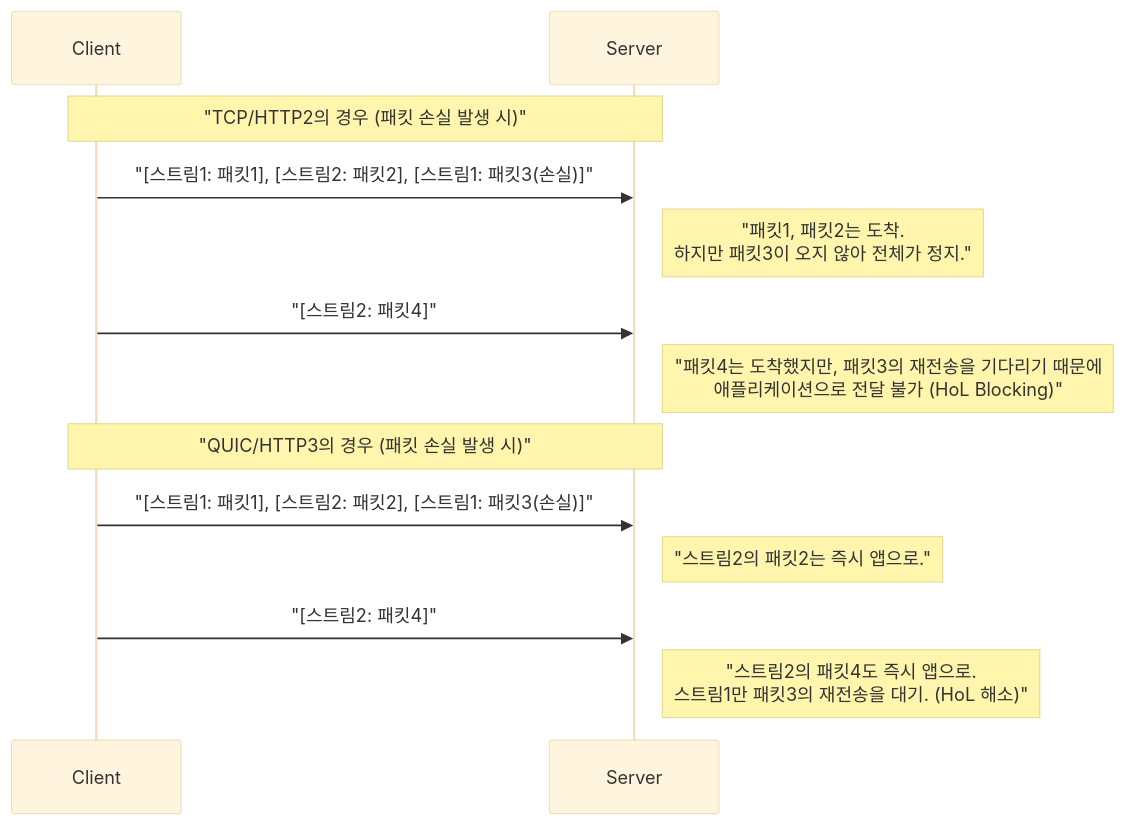
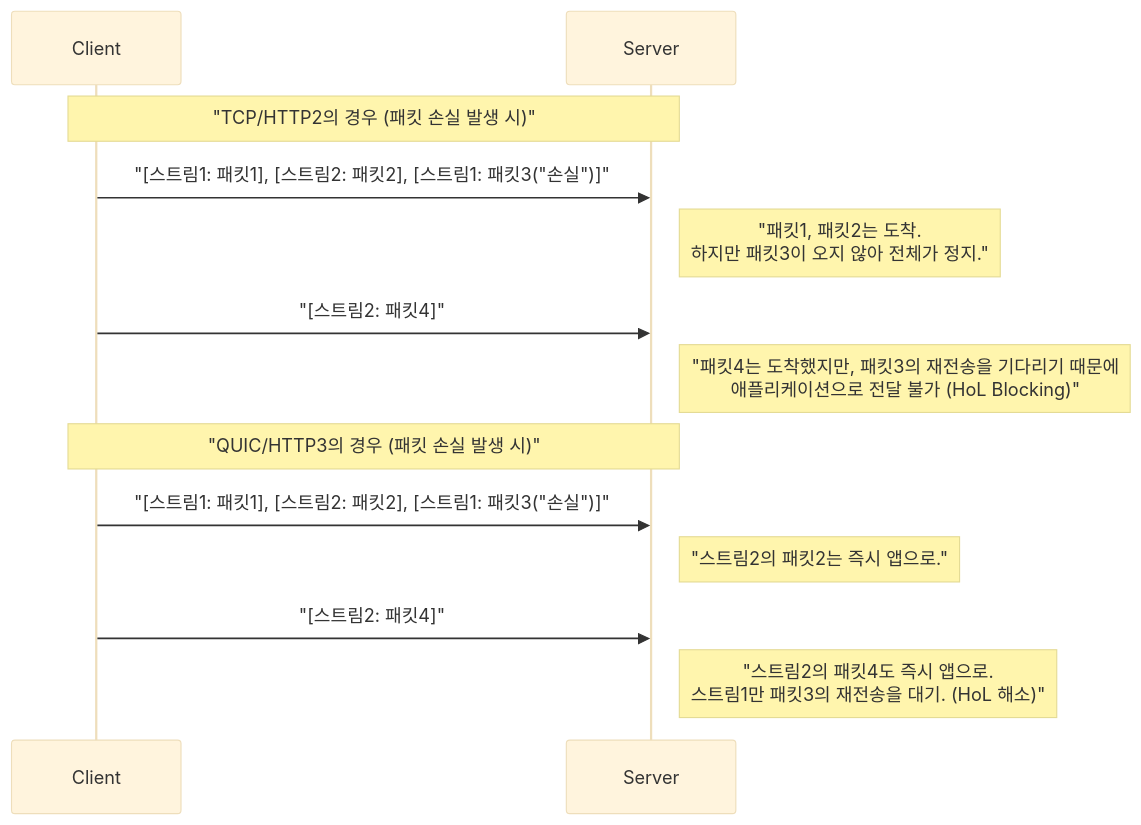
Before and after one commit to kenjinote/blog: the third of 4 diagrams in content/post/http3-quic-protocol-tcp-udp/index.ko.md, drawn with Mermaid (base theme). The commit also changed 929 other files, not shown here.

Commit message:
fix: Add double quotes to all Mermaid node texts to resolve syntax errors

````diff
--- a/content/post/http3-quic-protocol-tcp-udp/index.ko.md
+++ b/content/post/http3-quic-protocol-tcp-udp/index.ko.md
@@ -143,17 +143,17 @@
 ```mermaid
 sequenceDiagram
     participant Client
     participant Server
     
     Note over Client, Server: "TCP/HTTP2의 경우 (패킷 손실 발생 시)"
-    Client->>Server: "[스트림1: 패킷1], [스트림2: 패킷2], [스트림1: 패킷3(손실)]"
+    Client->>Server: "[스트림1: 패킷1], [스트림2: 패킷2], [스트림1: 패킷3("손실")]"
     Note right of Server: "패킷1, 패킷2는 도착.<br/>하지만 패킷3이 오지 않아 전체가 정지."
     Client->>Server: "[스트림2: 패킷4]"
     Note right of Server: "패킷4는 도착했지만, 패킷3의 재전송을 기다리기 때문에<br/>애플리케이션으로 전달 불가 (HoL Blocking)"
     
     Note over Client, Server: "QUIC/HTTP3의 경우 (패킷 손실 발생 시)"
-    Client->>Server: "[스트림1: 패킷1], [스트림2: 패킷2], [스트림1: 패킷3(손실)]"
+    Client->>Server: "[스트림1: 패킷1], [스트림2: 패킷2], [스트림1: 패킷3("손실")]"
     Note right of Server: "스트림2의 패킷2는 즉시 앱으로."
     Client->>Server: "[스트림2: 패킷4]"
     Note right of Server: "스트림2의 패킷4도 즉시 앱으로.<br/>스트림1만 패킷3의 재전송을 대기. (HoL 해소)"
 ```
````
